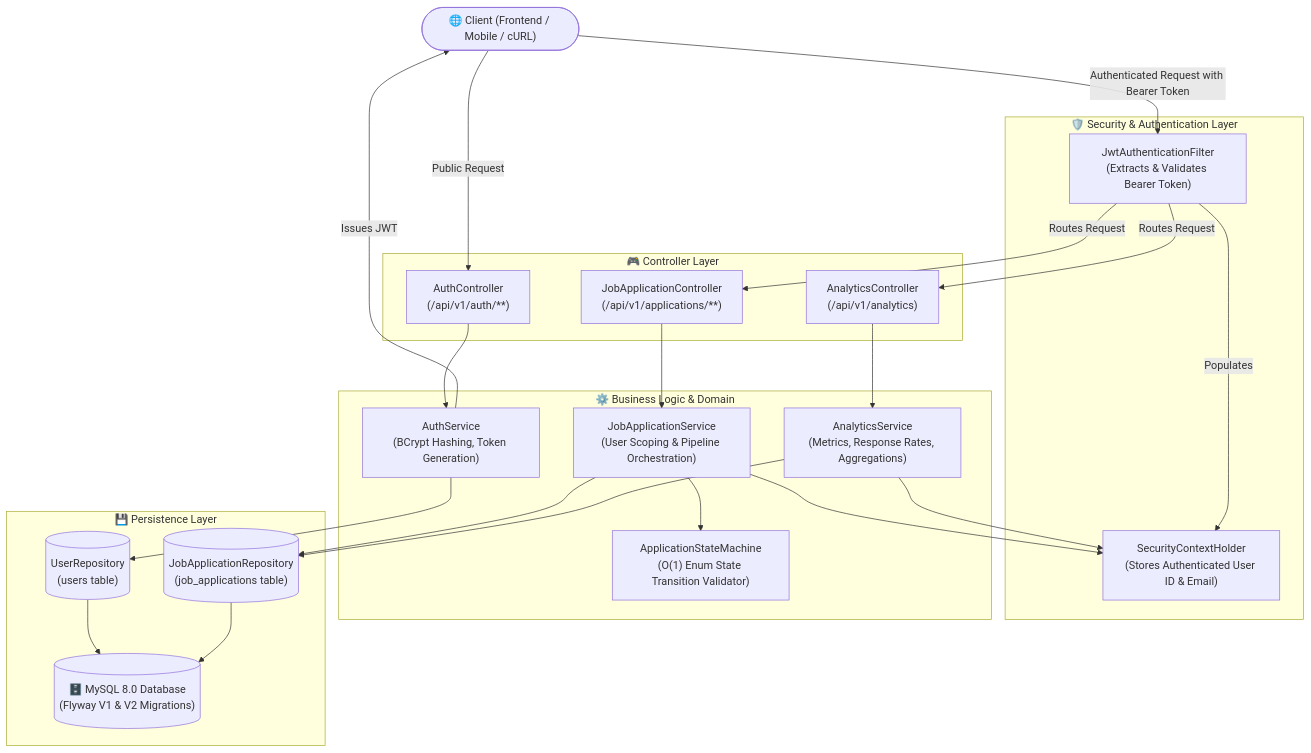
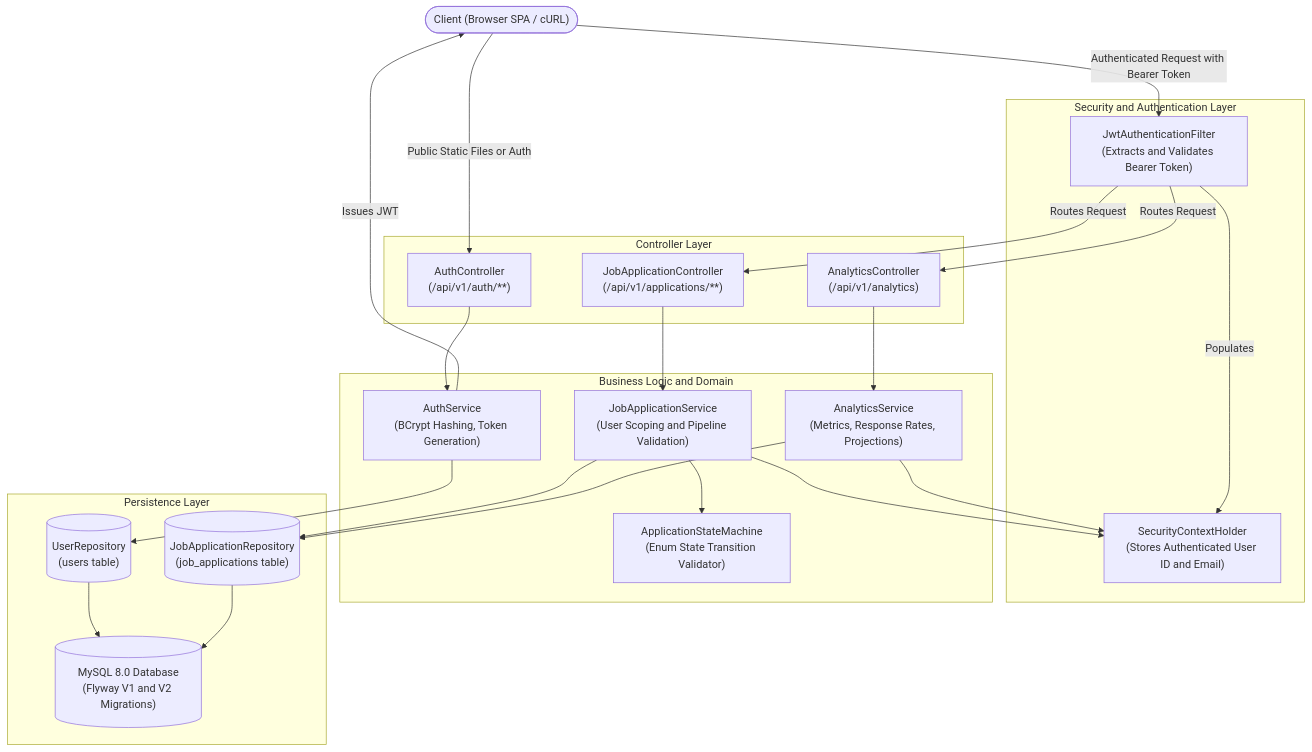
The first of 4 diagrams in ARCHITECTURE.md (pbanakar/huntlog), drawn with Mermaid before and after one commit. The commit also changed other lines of this file and 6 other files, not shown here.

First line of the commit message:
feat(frontend): add vanilla SPA frontend and update documentation

````diff
--- a/ARCHITECTURE.md
+++ b/ARCHITECTURE.md
@@ -11,50 +11,50 @@
 ```mermaid
 flowchart TD
-    Client(["🌐 Client (Frontend / Mobile / cURL)"])
+    Client(["Client (Browser SPA / cURL)"])
     
-    subgraph SpringSecurity ["🛡️ Security & Authentication Layer"]
-        JwtFilter["JwtAuthenticationFilter\n(Extracts & Validates Bearer Token)"]
-        SecurityCtx["SecurityContextHolder\n(Stores Authenticated User ID & Email)"]
+    subgraph SpringSecurity ["Security and Authentication Layer"]
+        JwtFilter["JwtAuthenticationFilter\n(Extracts and Validates Bearer Token)"]
+        SecurityCtx["SecurityContextHolder\n(Stores Authenticated User ID and Email)"]
     end
 
-    subgraph ControllerLayer ["🎮 Controller Layer"]
+    subgraph ControllerLayer ["Controller Layer"]
         AuthCtrl["AuthController\n(/api/v1/auth/**)"]
         AppCtrl["JobApplicationController\n(/api/v1/applications/**)"]
         AnalyticsCtrl["AnalyticsController\n(/api/v1/analytics)"]
     end
 
-    subgraph ServiceLayer ["⚙️ Business Logic & Domain"]
+    subgraph ServiceLayer ["Business Logic and Domain"]
         AuthService["AuthService\n(BCrypt Hashing, Token Generation)"]
-        AppService["JobApplicationService\n(User Scoping & Pipeline Orchestration)"]
-        AnalyticsService["AnalyticsService\n(Metrics, Response Rates, Aggregations)"]
-        StateMachine["ApplicationStateMachine\n(O(1) Enum State Transition Validator)"]
+        AppService["JobApplicationService\n(User Scoping and Pipeline Validation)"]
+        AnalyticsService["AnalyticsService\n(Metrics, Response Rates, Projections)"]
+        StateMachine["ApplicationStateMachine\n(Enum State Transition Validator)"]
     end
 
-    subgraph PersistenceLayer ["💾 Persistence Layer"]
+    subgraph PersistenceLayer ["Persistence Layer"]
         UserRepo[("UserRepository\n(users table)")]
         AppRepo[("JobApplicationRepository\n(job_applications table)")]
-        MySQL[("🗄️ MySQL 8.0 Database\n(Flyway V1 & V2 Migrations)")]
+        MySQL[("MySQL 8.0 Database\n(Flyway V1 and V2 Migrations)")]
     end
 
-    Client -->|Public Request| AuthCtrl
+    Client -->|Public Static Files or Auth| AuthCtrl
     Client -->|Authenticated Request with Bearer Token| JwtFilter
     JwtFilter -->|Populates| SecurityCtx
     JwtFilter -->|Routes Request| AppCtrl
     JwtFilter -->|Routes Request| AnalyticsCtrl
     
     AuthCtrl --> AuthService
     AuthService --> UserRepo
     AuthService -->|Issues JWT| Client
     
     AppCtrl --> AppService
     AppService --> SecurityCtx
     AppService --> StateMachine
     AppService --> AppRepo
     
     AnalyticsCtrl --> AnalyticsService
     AnalyticsService --> SecurityCtx
     AnalyticsService --> AppRepo
     
     UserRepo --> MySQL
     AppRepo --> MySQL
 ```
````
